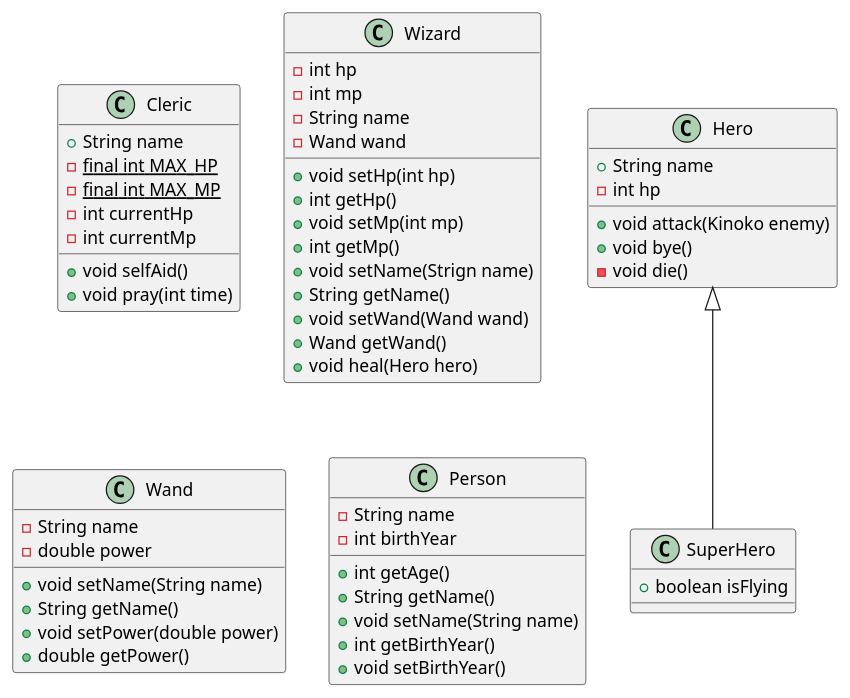
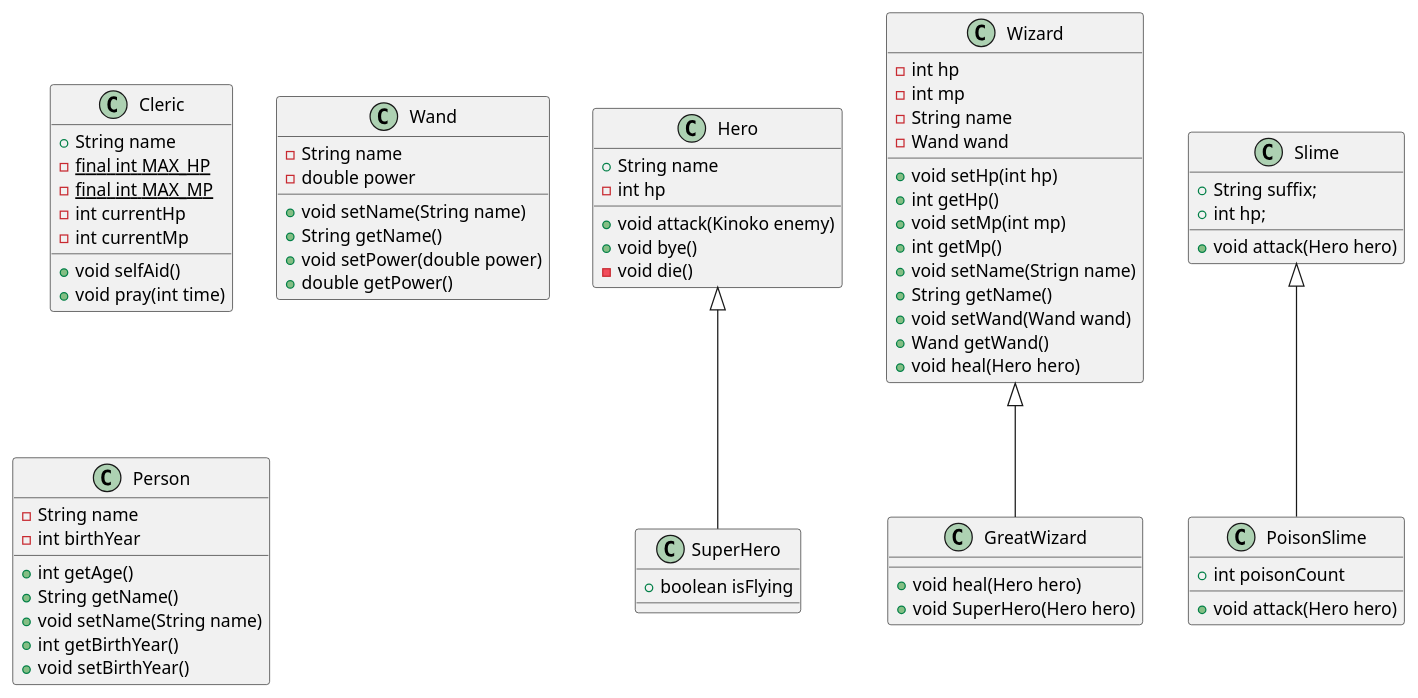
The diagram in src/main/java/com/survivalcoding/game.puml (SurvivalCodingCampus/polytech_java_study), drawn with PlantUML before and after one commit.

Commit message:
feat: Slime, PoisonSlime, GreatWizard 추가

```diff
--- a/src/main/java/com/survivalcoding/game.puml
+++ b/src/main/java/com/survivalcoding/game.puml
@@ -1,64 +1,76 @@
 @startuml
 'https://plantuml.com/class-diagram
 
 class SuperHero extends Hero{
     + boolean isFlying
-    
 }
+
 class Cleric{
     + String name
     - {static} final int MAX_HP
     - {static} final int MAX_MP
     - int currentHp
     - int currentMp
 
     + void selfAid()
     + void pray(int time)
 
 }
-class Hero{
+class Hero {
     + String name
     - int hp
 
     + void attack(Kinoko enemy)
     + void bye()
     - void die()
 }
 class Wizard{
     - int hp
     - int mp
     - String name
     - Wand wand
 
     + void setHp(int hp)
     + int getHp()
     + void setMp(int mp)
     + int getMp()
     + void setName(Strign name)
     + String getName()
     + void setWand(Wand wand)
     + Wand getWand()
     + void heal(Hero hero)
 }
-
+class GreatWizard extends Wizard{
+    + void heal(Hero hero)
+    + void SuperHero(Hero hero)
+}
+class Slime{
+    + String suffix;
+    + int hp;
+    + void attack(Hero hero)
+}
+class PoisonSlime extends Slime{
+    + int poisonCount
+    + void attack(Hero hero)
+}
 class Wand{
     - String name
     - double power
 
     + void setName(String name)
     + String getName()
     + void setPower(double power)
     + double getPower()
 }
 
 class Person{
     - String name
     - int birthYear
 
     + int getAge()
     + String getName()
     + void setName(String name)
     + int getBirthYear()
     + void setBirthYear()
 }
 @enduml
```
